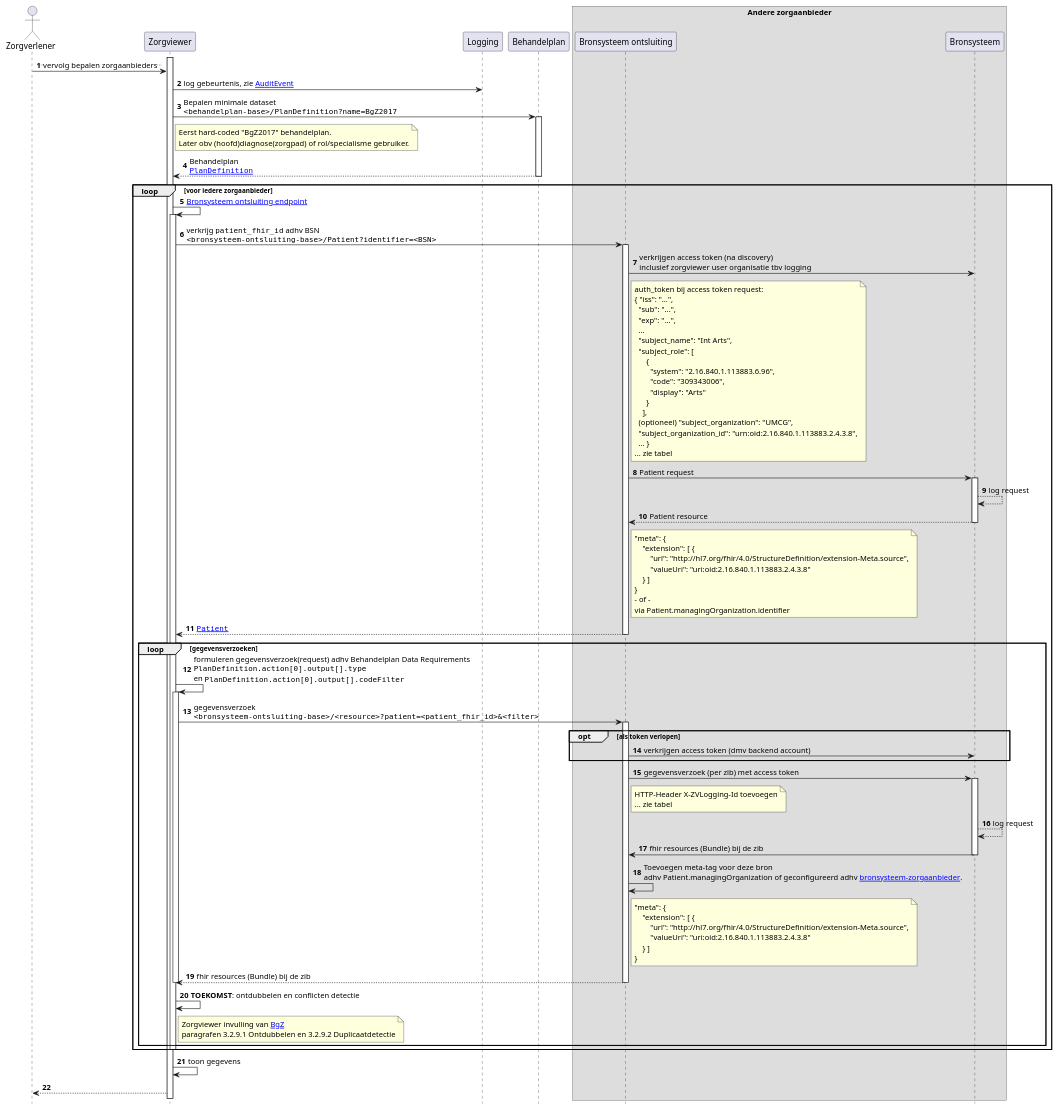
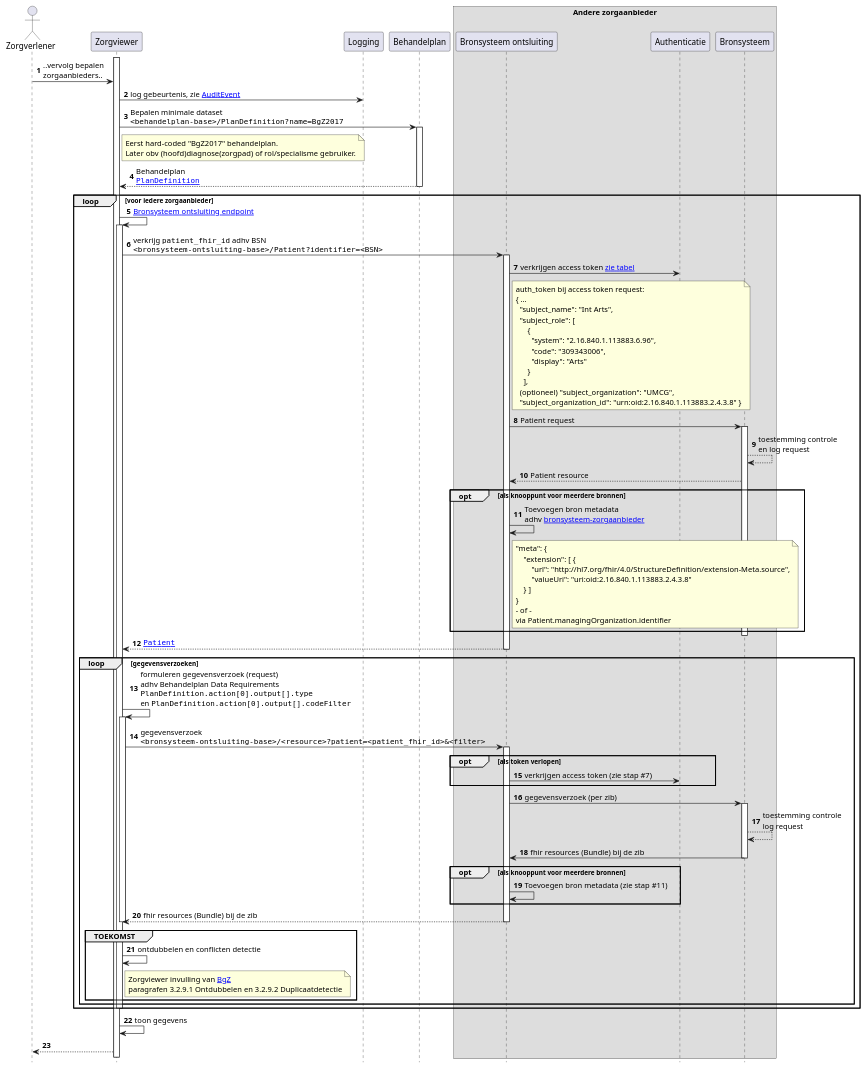
Before and after one commit to RIVO-Noord/zorgviewer-ig: the diagram in input/images-source/Zorgviewer-seq-3.plantuml, drawn with PlantUML. The commit also changed 5 other files, not shown here.

```diff
--- a/input/images-source/Zorgviewer-seq-3.plantuml
+++ b/input/images-source/Zorgviewer-seq-3.plantuml
@@ -1,108 +1,99 @@
 @startuml
 hide footbox
 autonumber
 
 actor Zorgverlener
 participant Zorgviewer
 participant Logging
 participant Behandelplan
 box "Andere zorgaanbieder"
 participant "Bronsysteem ontsluiting" as Bron
+participant Authenticatie
 participant Bronsysteem
 end box
 
 activate Zorgviewer
-Zorgverlener->Zorgviewer: ..vervolg bepalen zorgaanbieders..
+Zorgverlener->Zorgviewer: ..vervolg bepalen\nzorgaanbieders..
 Zorgviewer->Logging: log gebeurtenis, zie [[StructureDefinition-AuditEvent.html AuditEvent]]
 Zorgviewer->Behandelplan: Bepalen minimale dataset\n""<behandelplan-base>/PlanDefinition?name=BgZ2017""
 note right Zorgviewer
   Eerst hard-coded "BgZ2017" behandelplan.
   Later obv (hoofd)diagnose(zorgpad) of rol/specialisme gebruiker.
 end note
 activate Behandelplan
 Behandelplan-->Zorgviewer: Behandelplan\n""[[StructureDefinition-PlanDefinition.html PlanDefinition]]""
 deactivate Behandelplan
 loop voor iedere zorgaanbieder
   Zorgviewer->Zorgviewer: [[Endpoint-UMCG.html Bronsysteem ontsluiting endpoint]]
   activate Zorgviewer
   Zorgviewer->Bron : verkrijg ""patient_fhir_id"" adhv BSN\n""<bronsysteem-ontsluiting-base>/Patient?identifier=<BSN>""
   activate Bron
-  Bron->Bronsysteem : verkrijgen access token (na discovery)\ninclusief zorgviewer user organisatie tbv logging
+  Bron->Authenticatie : verkrijgen access token [[design.html#bevragen-bronsysteem-summary-table zie tabel]]
   note right Bron
     auth_token bij access token request:
-    { "iss": "...",
-      "sub": "...",
-      "exp": "...",
-      ...
+    { ...
       "subject_name": "Int Arts",
       "subject_role": [ 
           { 
             "system": "2.16.840.1.113883.6.96", 
             "code": "309343006", 
             "display": "Arts" 
           } 
         ],
       (optioneel) "subject_organization": "UMCG",
-      "subject_organization_id": "urn:oid:2.16.840.1.113883.2.4.3.8",
-      ... }
-    ... zie tabel
+      "subject_organization_id": "urn:oid:2.16.840.1.113883.2.4.3.8" }
   end note
   Bron->Bronsysteem : Patient request
   activate Bronsysteem
-  Bronsysteem-->Bronsysteem: log request
+  Bronsysteem-->Bronsysteem: toestemming controle\nen log request
   Bronsysteem-->Bron : Patient resource
-  note right Bron
+  opt als knooppunt voor meerdere bronnen
+    Bron->Bron: Toevoegen bron metadata\nadhv [[CodeSystem-bronsysteem-zorgaanbieder.html bronsysteem-zorgaanbieder]]
+    note right Bron
 "meta": {
     "extension": [ {
         "url": "http://hl7.org/fhir/4.0/StructureDefinition/extension-Meta.source",
         "valueUri": "uri:oid:2.16.840.1.113883.2.4.3.8"
     } ]
 }
 - of -
 via Patient.managingOrganization.identifier
-  end note
+    end note
+  end opt
   deactivate Bronsysteem
   Bron-->Zorgviewer : ""[[StructureDefinition-Patient.html Patient]]""
   deactivate Bron
   loop gegevensverzoeken
-    Zorgviewer->Zorgviewer: formuleren gegevensverzoek(request) adhv Behandelplan Data Requirements\n""PlanDefinition.action[0].output[].type""\nen ""PlanDefinition.action[0].output[].codeFilter""
+    Zorgviewer->Zorgviewer: formuleren gegevensverzoek (request)\nadhv Behandelplan Data Requirements\n""PlanDefinition.action[0].output[].type""\nen ""PlanDefinition.action[0].output[].codeFilter""
     activate Zorgviewer
     Zorgviewer->Bron: gegevensverzoek\n""<bronsysteem-ontsluiting-base>/<resource>?patient=<patient_fhir_id>&<filter>""
     activate Bron
     opt als token verlopen
-      Bron->Bronsysteem : verkrijgen access token (dmv backend account)
+      Bron->Authenticatie : verkrijgen access token (zie stap #7)
     end opt
-    Bron->Bronsysteem : gegevensverzoek (per zib) met access token
-    note right Bron
-        HTTP-Header X-ZVLogging-Id toevoegen
-        ... zie tabel
-    end note
+    Bron->Bronsysteem : gegevensverzoek (per zib)
     activate Bronsysteem
-    Bronsysteem-->Bronsysteem: log request
+    Bronsysteem-->Bronsysteem: toestemming controle\nlog request
     Bronsysteem->Bron: fhir resources (Bundle) bij de zib
     deactivate Bronsysteem
-    Bron->Bron: Toevoegen meta-tag voor deze bron\nadhv Patient.managingOrganization of geconfigureerd adhv [[CodeSystem-bronsysteem-zorgaanbieder.html bronsysteem-zorgaanbieder]].
-    note right Bron
-"meta": {
-    "extension": [ {
-        "url": "http://hl7.org/fhir/4.0/StructureDefinition/extension-Meta.source",
-        "valueUri": "uri:oid:2.16.840.1.113883.2.4.3.8"
-    } ]
-}
-    end note
+    opt als knooppunt voor meerdere bronnen
+      Bron->Bron: Toevoegen bron metadata (zie stap #11)
+    end opt
     Bron-->Zorgviewer: fhir resources (Bundle) bij de zib
     deactivate Bron
     deactivate Zorgviewer
-    Zorgviewer->Zorgviewer: **TOEKOMST**: ontdubbelen en conflicten detectie
-    note right of Zorgviewer
-      Zorgviewer invulling van [[https://informatiestandaarden.nictiz.nl/wiki/BgZ:V1.0_BgZ_MSZ_Informatiestandaard BgZ]] 
-      paragrafen 3.2.9.1 Ontdubbelen en 3.2.9.2 Duplicaatdetectie
-    end note
+    group **TOEKOMST**
+      Zorgviewer->Zorgviewer: ontdubbelen en conflicten detectie
+      note right of Zorgviewer
+        Zorgviewer invulling van [[https://informatiestandaarden.nictiz.nl/wiki/BgZ:V1.0_BgZ_MSZ_Informatiestandaard BgZ]] 
+        paragrafen 3.2.9.1 Ontdubbelen en 3.2.9.2 Duplicaatdetectie
+      end note
+    end group
   end
   deactivate Zorgviewer
 end
 
 Zorgviewer->Zorgviewer: toon gegevens
 Zorgviewer-->Zorgverlener
 
 @enduml
```
